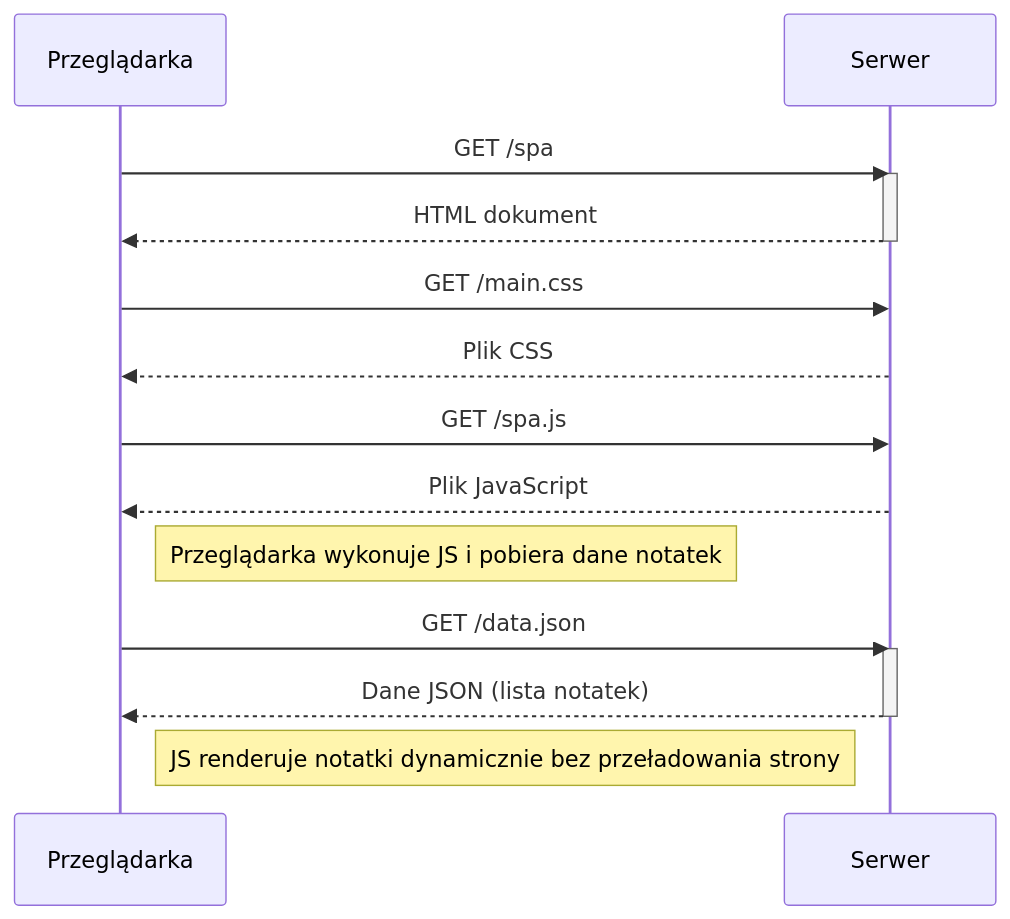
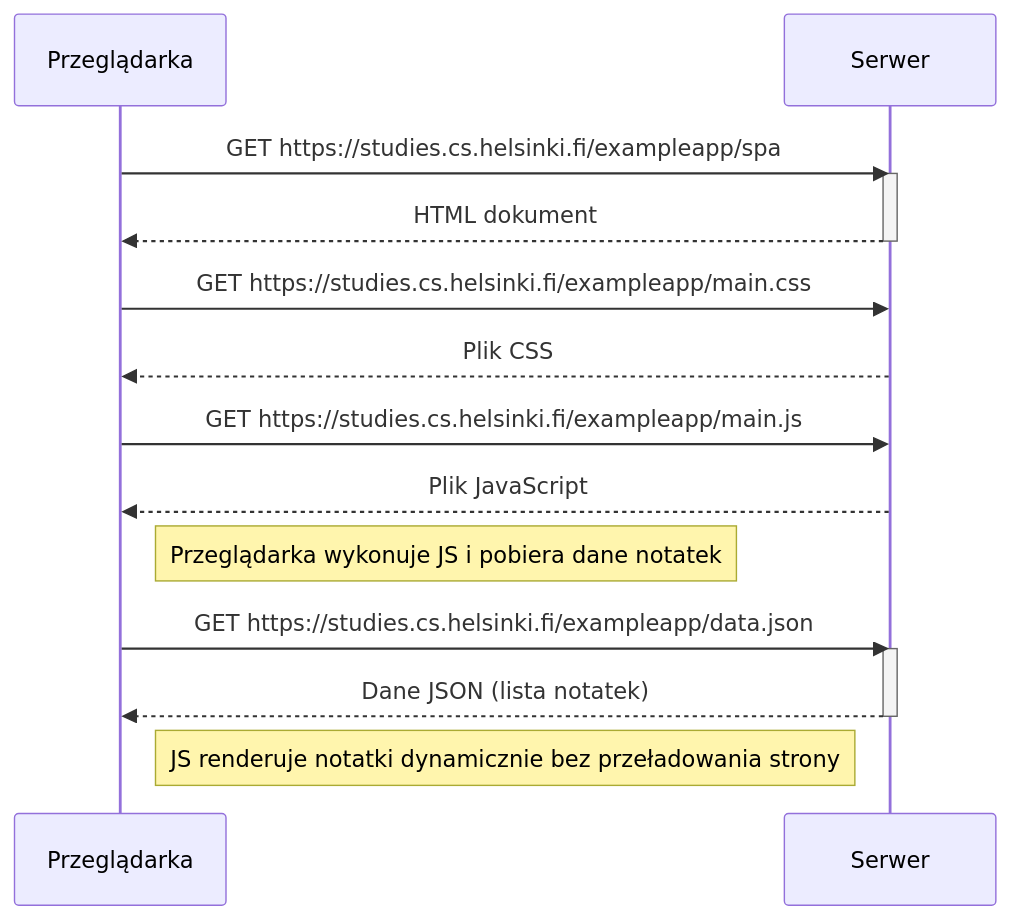
One commit to 77qd/FullStack changed the diagram in part0/zad0.5.mmd. Above: the diagram before and after it, drawn with Mermaid. The commit also changed 2 other files, not shown here.

```diff
--- a/part0/zad0.5.mmd
+++ b/part0/zad0.5.mmd
@@ -1,23 +1,23 @@
 sequenceDiagram
     participant Przeglądarka
     participant Serwer
 
-    Przeglądarka->>Serwer: GET /spa
+    Przeglądarka->>Serwer: GET https://studies.cs.helsinki.fi/exampleapp/spa
     activate Serwer
     Serwer-->>Przeglądarka: HTML dokument
     deactivate Serwer
 
-    Przeglądarka->>Serwer: GET /main.css
+    Przeglądarka->>Serwer: GET https://studies.cs.helsinki.fi/exampleapp/main.css
     Serwer-->>Przeglądarka: Plik CSS
 
-    Przeglądarka->>Serwer: GET /spa.js
+    Przeglądarka->>Serwer: GET https://studies.cs.helsinki.fi/exampleapp/main.js
     Serwer-->>Przeglądarka: Plik JavaScript
 
     Note right of Przeglądarka: Przeglądarka wykonuje JS i pobiera dane notatek
 
-    Przeglądarka->>Serwer: GET /data.json
+    Przeglądarka->>Serwer: GET https://studies.cs.helsinki.fi/exampleapp/data.json
     activate Serwer
     Serwer-->>Przeglądarka: Dane JSON (lista notatek)
     deactivate Serwer
 
     Note right of Przeglądarka: JS renderuje notatki dynamicznie bez przeładowania strony
```
